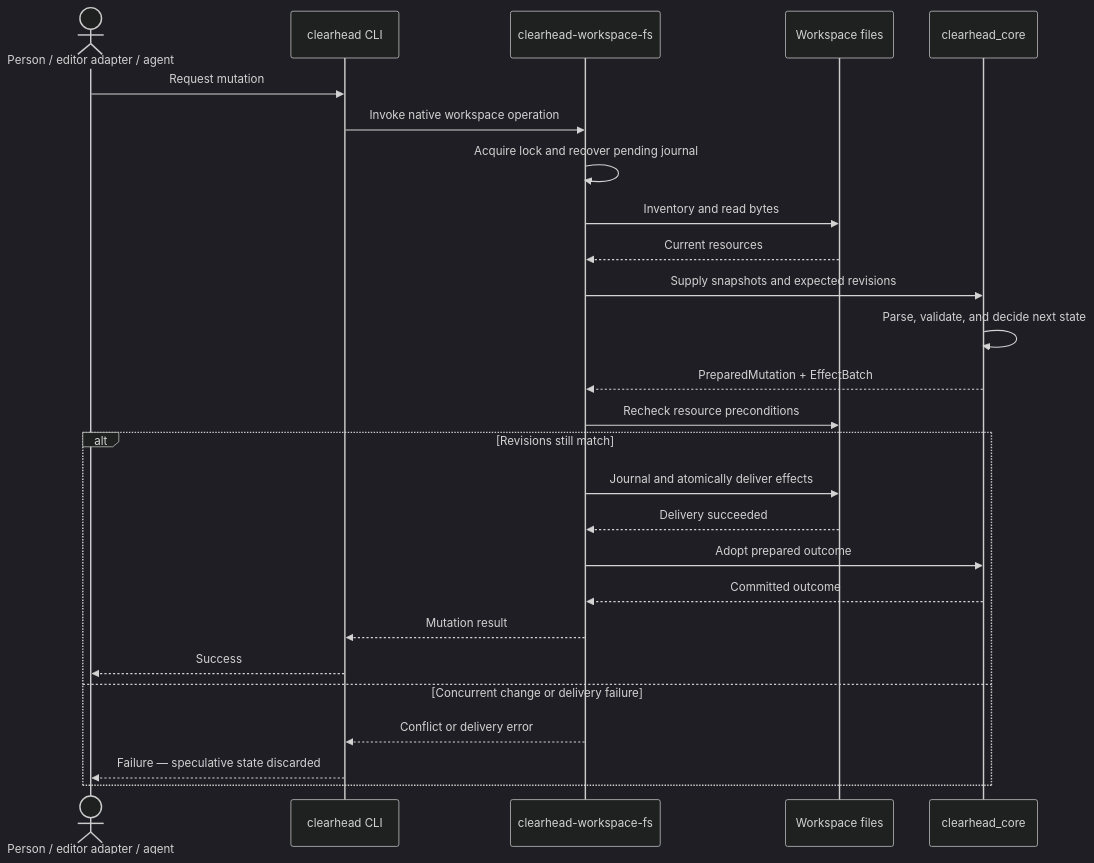
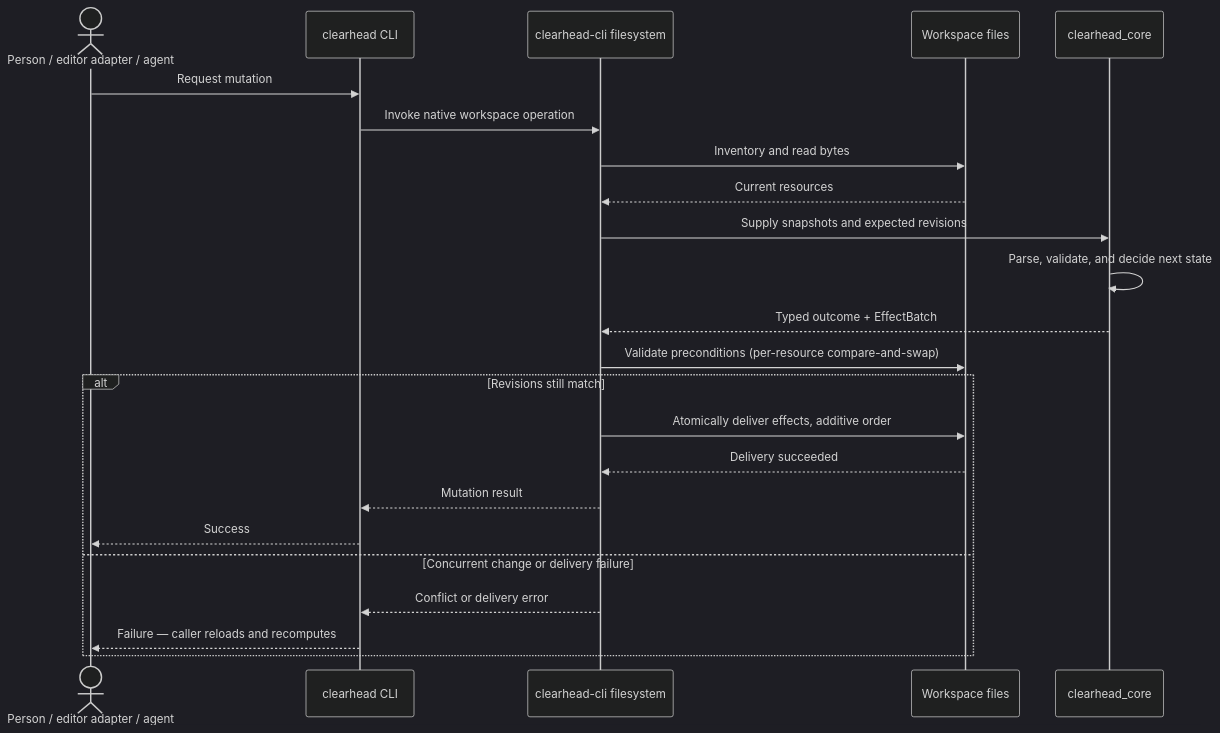
One commit to ClearHeadToDo-Devs/platform changed the second of 4 diagrams in docs/workflows.md. Above: the diagram before and after it, drawn with Mermaid (dark theme). The commit also changed other lines of this file and 5 other files, not shown here.

````diff
--- a/docs/workflows.md
+++ b/docs/workflows.md
@@ -48,29 +48,26 @@
 ```mermaid
 sequenceDiagram
     actor Caller as Person / editor adapter / agent
     participant CLI as clearhead CLI
-    participant FS as clearhead-workspace-fs
+    participant FS as clearhead-cli filesystem
     participant Store as Workspace files
     participant Core as clearhead_core
 
     Caller->>CLI: Request mutation
     CLI->>FS: Invoke native workspace operation
-    FS->>FS: Acquire lock and recover pending journal
     FS->>Store: Inventory and read bytes
     Store-->>FS: Current resources
     FS->>Core: Supply snapshots and expected revisions
     Core->>Core: Parse, validate, and decide next state
-    Core-->>FS: PreparedMutation + EffectBatch
-    FS->>Store: Recheck resource preconditions
+    Core-->>FS: Typed outcome + EffectBatch
+    FS->>Store: Validate preconditions (per-resource compare-and-swap)
     alt Revisions still match
-        FS->>Store: Journal and atomically deliver effects
+        FS->>Store: Atomically deliver effects, additive order
         Store-->>FS: Delivery succeeded
-        FS->>Core: Adopt prepared outcome
-        Core-->>FS: Committed outcome
         FS-->>CLI: Mutation result
         CLI-->>Caller: Success
     else Concurrent change or delivery failure
         FS-->>CLI: Conflict or delivery error
-        CLI-->>Caller: Failure — speculative state discarded
+        CLI-->>Caller: Failure — caller reloads and recomputes
     end
 ```
````
